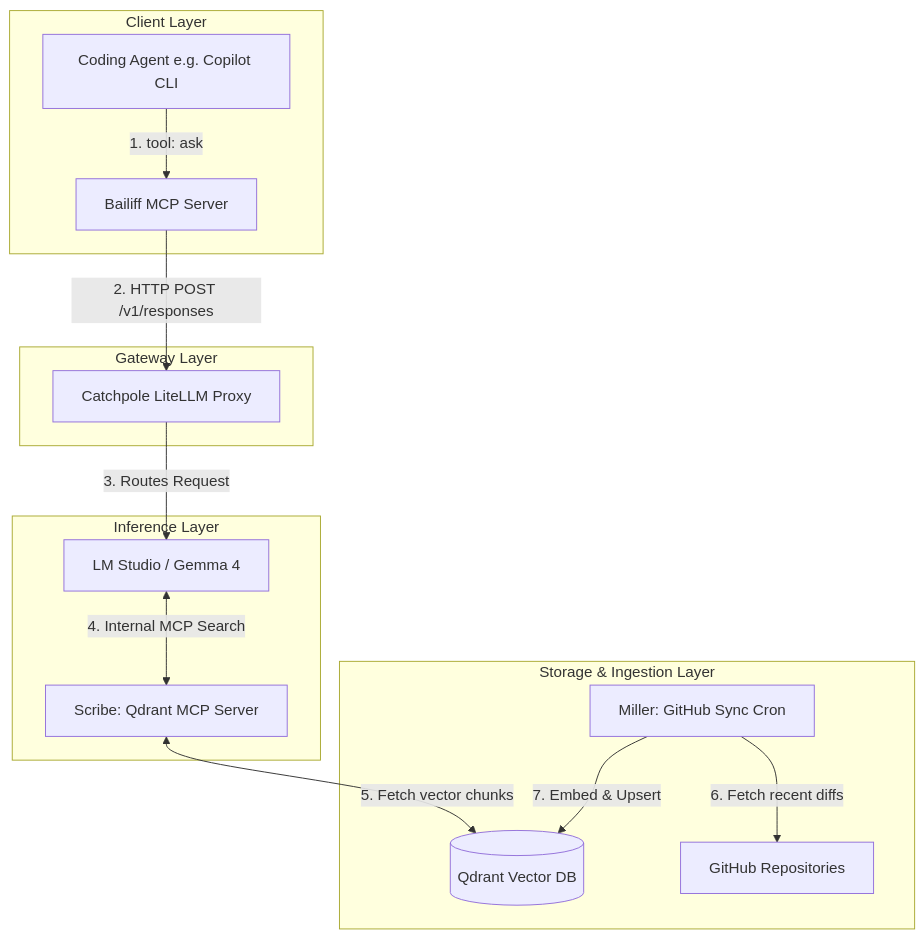
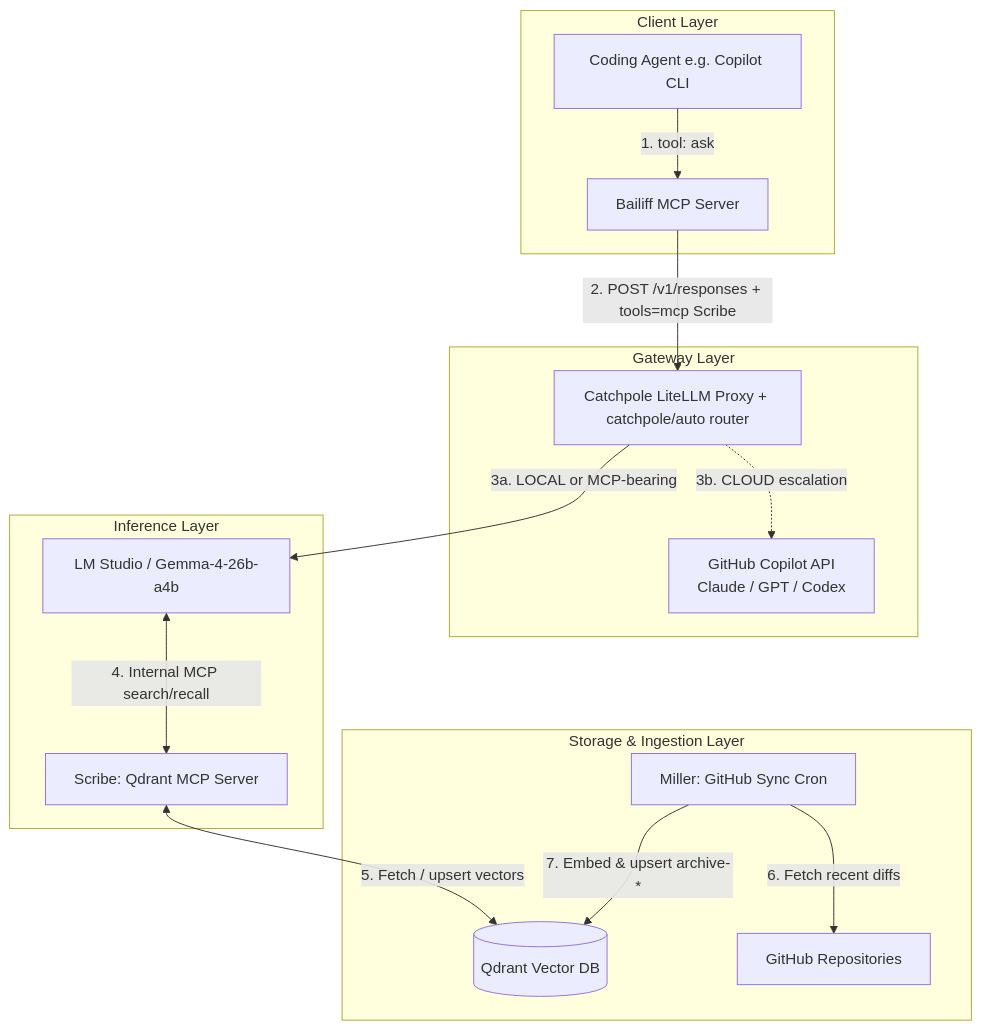
One commit to quintindk/chamberlain changed the diagram in specification.md. Above: the diagram before and after it, drawn with Mermaid. The commit also changed other lines of this file and 2 other files, not shown here.

````diff
--- a/specification.md
+++ b/specification.md
@@ -20,30 +21,32 @@
 ```mermaid
 graph TD
     subgraph Client Layer
         Agent[Coding Agent e.g. Copilot CLI]
         Bailiff[Bailiff MCP Server]
     end
 
     subgraph Gateway Layer
-        Catchpole[Catchpole LiteLLM Proxy]
+        Catchpole[Catchpole LiteLLM Proxy + catchpole/auto router]
+        Copilot[GitHub Copilot API<br/>Claude / GPT / Codex]
     end
 
     subgraph Inference Layer
-        LMS[LM Studio / Gemma 4]
+        LMS[LM Studio / Gemma-4-26b-a4b]
         Scribe[Scribe: Qdrant MCP Server]
     end
 
     subgraph Storage & Ingestion Layer
         DB[(Qdrant Vector DB)]
         Miller[Miller: GitHub Sync Cron]
         GH[GitHub Repositories]
     end
 
     Agent -->|1. tool: ask| Bailiff
-    Bailiff -->|2. HTTP POST /v1/responses| Catchpole
-    Catchpole -->|3. Routes Request| LMS
-    LMS <-->|4. Internal MCP Search| Scribe
-    Scribe <-->|5. Fetch vector chunks| DB
+    Bailiff -->|2. POST /v1/responses + tools=mcp Scribe| Catchpole
+    Catchpole -->|3a. LOCAL or MCP-bearing| LMS
+    Catchpole -.->|3b. CLOUD escalation| Copilot
+    LMS <-->|4. Internal MCP search/recall| Scribe
+    Scribe <-->|5. Fetch / upsert vectors| DB
     Miller -->|6. Fetch recent diffs| GH
-    Miller -->|7. Embed & Upsert| DB
+    Miller -->|7. Embed & upsert archive-*| DB
 ```
````
